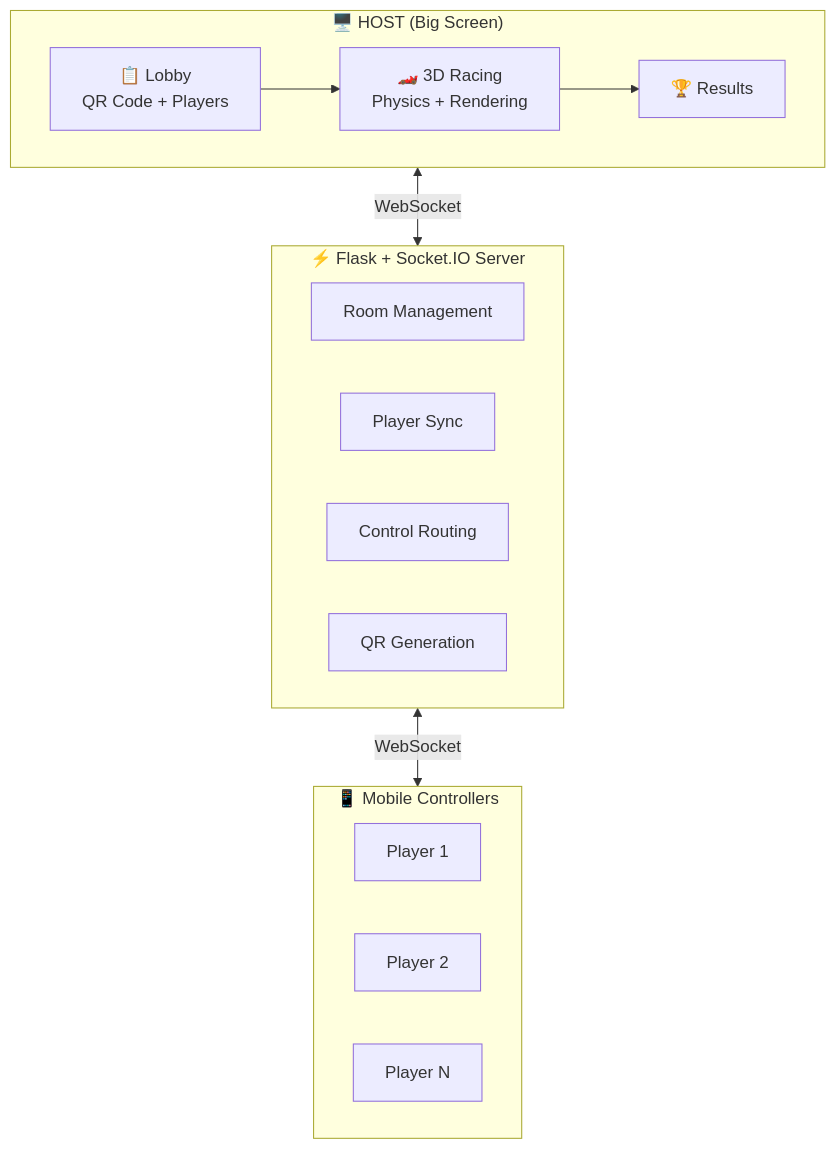
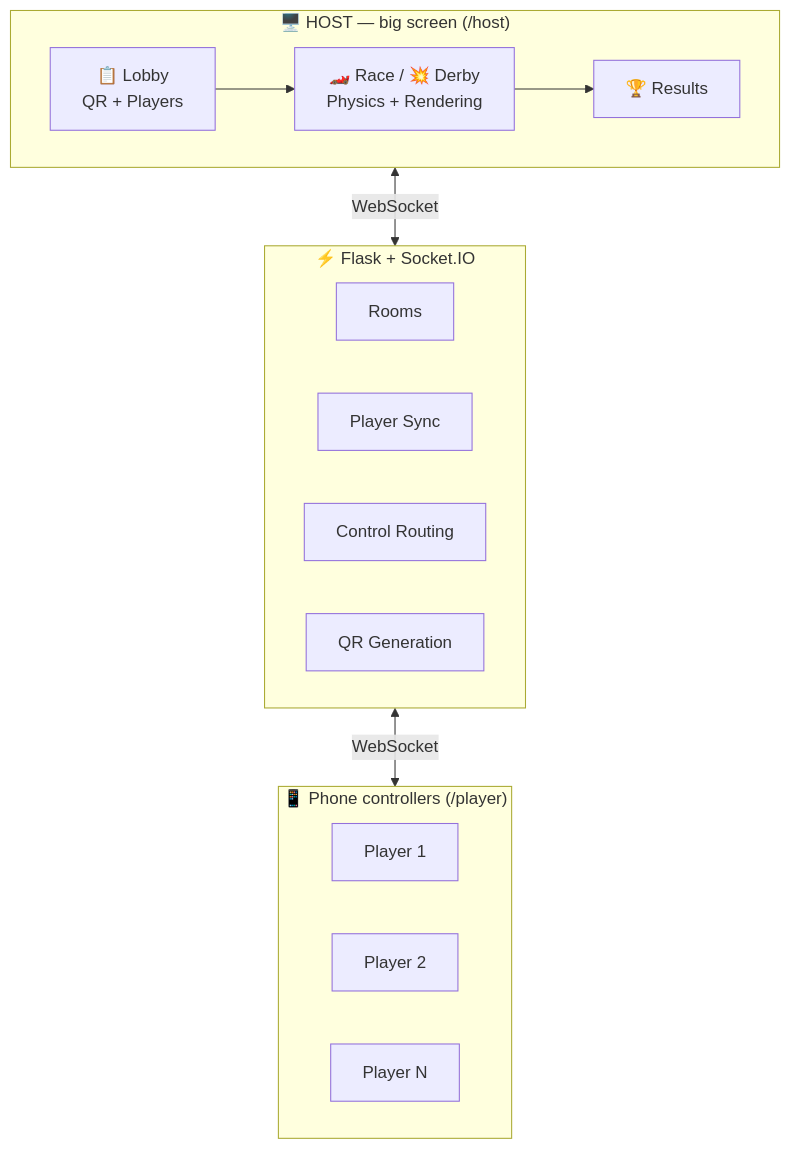
One commit to cdilga/multiplayer-racer changed the diagram in README.md. Above: the diagram before and after it, drawn with Mermaid. The commit also changed other lines of this file and 19 other files, not shown here.

````diff
--- a/README.md
+++ b/README.md
@@ -137,26 +139,26 @@
 ```mermaid
 flowchart TB
-    subgraph HOST["🖥️ HOST (Big Screen)"]
+    subgraph HOST["🖥️ HOST — big screen (/host)"]
         direction LR
-        L["📋 Lobby<br/>QR Code + Players"]
-        R["🏎️ 3D Racing<br/>Physics + Rendering"]
+        L["📋 Lobby<br/>QR + Players"]
+        R["🏎️ Race / 💥 Derby<br/>Physics + Rendering"]
         E["🏆 Results"]
         L --> R --> E
     end
 
-    subgraph SERVER["⚡ Flask + Socket.IO Server"]
-        RM["Room Management"]
+    subgraph SERVER["⚡ Flask + Socket.IO"]
+        RM["Rooms"]
         PS["Player Sync"]
         CR["Control Routing"]
         QR["QR Generation"]
     end
 
-    subgraph PLAYERS["📱 Mobile Controllers"]
+    subgraph PLAYERS["📱 Phone controllers (/player)"]
         P1["Player 1"]
         P2["Player 2"]
         PN["Player N"]
     end
 
     HOST <-->|"WebSocket"| SERVER
     SERVER <-->|"WebSocket"| PLAYERS
 ```
````
